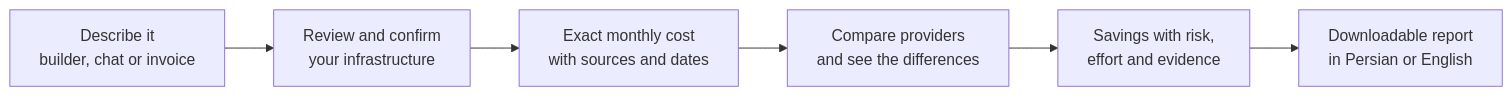
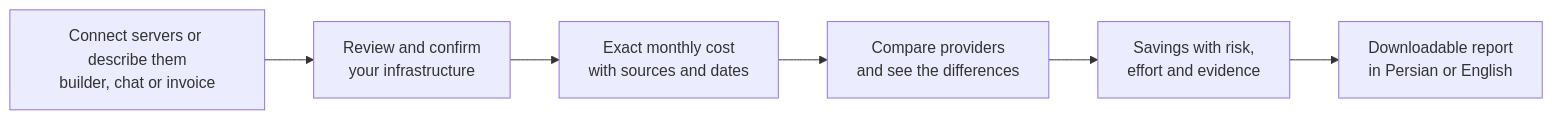
The diagram in README.md (pendarsolutions/FinOps), drawn with Mermaid before and after one commit. The commit also changed other lines of this file and 6 other files, not shown here.

````diff
--- a/README.md
+++ b/README.md
@@ -70,8 +81,8 @@
 ```mermaid
 flowchart LR
-    A["Describe it<br/>builder, chat or invoice"] --> B["Review and confirm<br/>your infrastructure"]
+    A["Connect servers or describe them<br/>builder, chat or invoice"] --> B["Review and confirm<br/>your infrastructure"]
     B --> C["Exact monthly cost<br/>with sources and dates"]
     C --> D["Compare providers<br/>and see the differences"]
     D --> E["Savings with risk,<br/>effort and evidence"]
     E --> F["Downloadable report<br/>in Persian or English"]
 ```
````
